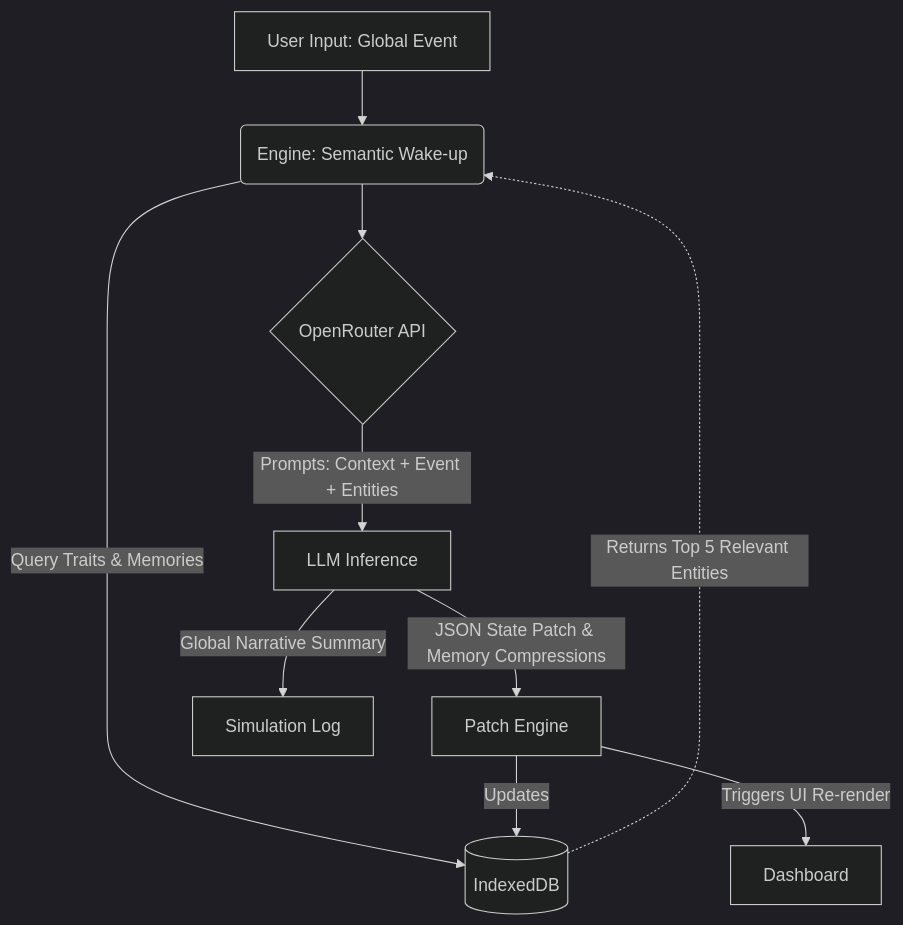
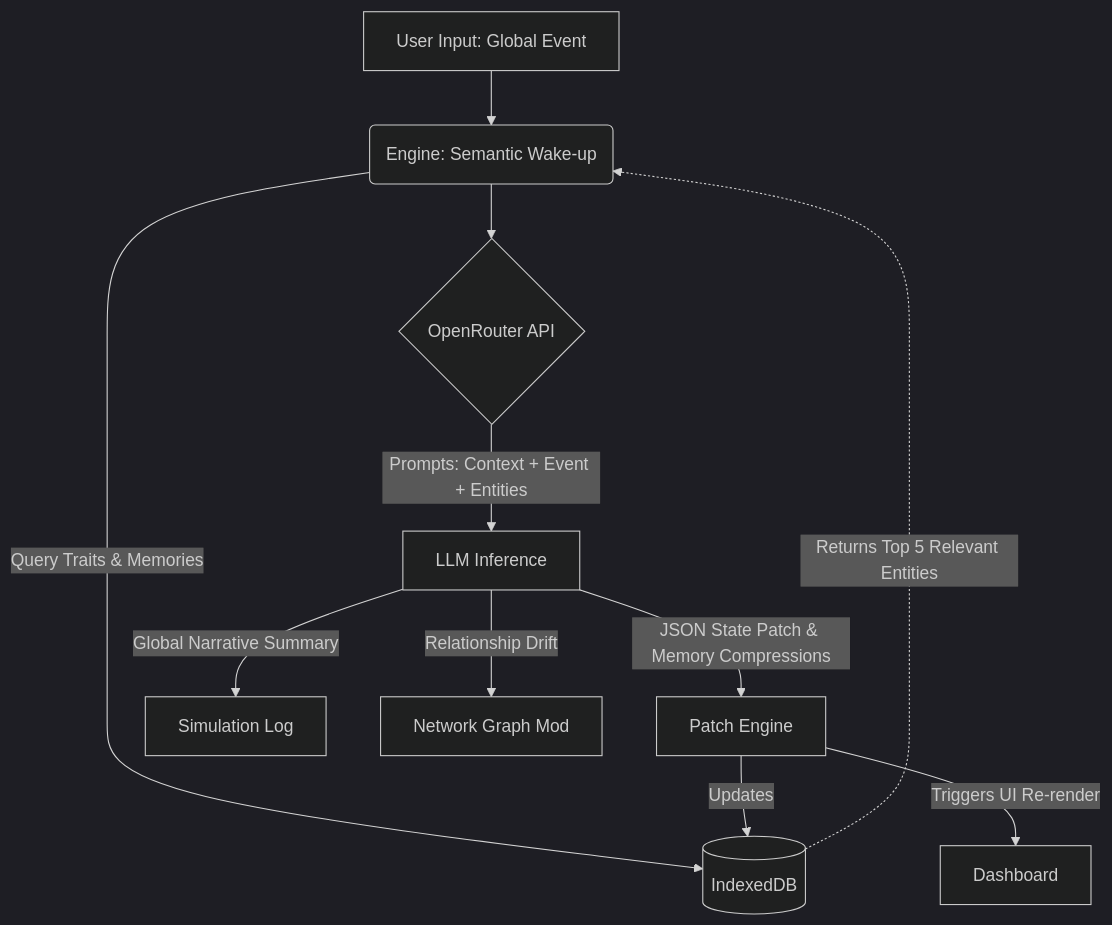
One commit to juggperc/kirinbyte changed the diagram in README.md. Above: the diagram before and after it, drawn with Mermaid (dark theme). The commit also changed other lines of this file and 8 other files, not shown here.

Commit message:
feat: deep societal simulation mechanics, reactive force graph view, PDF parsing for context, and granular execution states

````diff
--- a/README.md
+++ b/README.md
@@ -24,12 +24,13 @@
 ```mermaid
 graph TD;
     A[User Input: Global Event] --> B(Engine: Semantic Wake-up);
     B -->|Query Traits & Memories| C[(IndexedDB)];
     C -.->|Returns Top 5 Relevant Entities| B;
     B --> D{OpenRouter API};
     D -->|Prompts: Context + Event + Entities| E[LLM Inference];
     E -->|JSON State Patch & Memory Compressions| F[Patch Engine];
     E -->|Global Narrative Summary| H[Simulation Log];
+    E -->|Relationship Drift| I[Network Graph Mod];
     F -->|Updates| C;
     F -->|Triggers UI Re-render| G[Dashboard];
 ```
````
